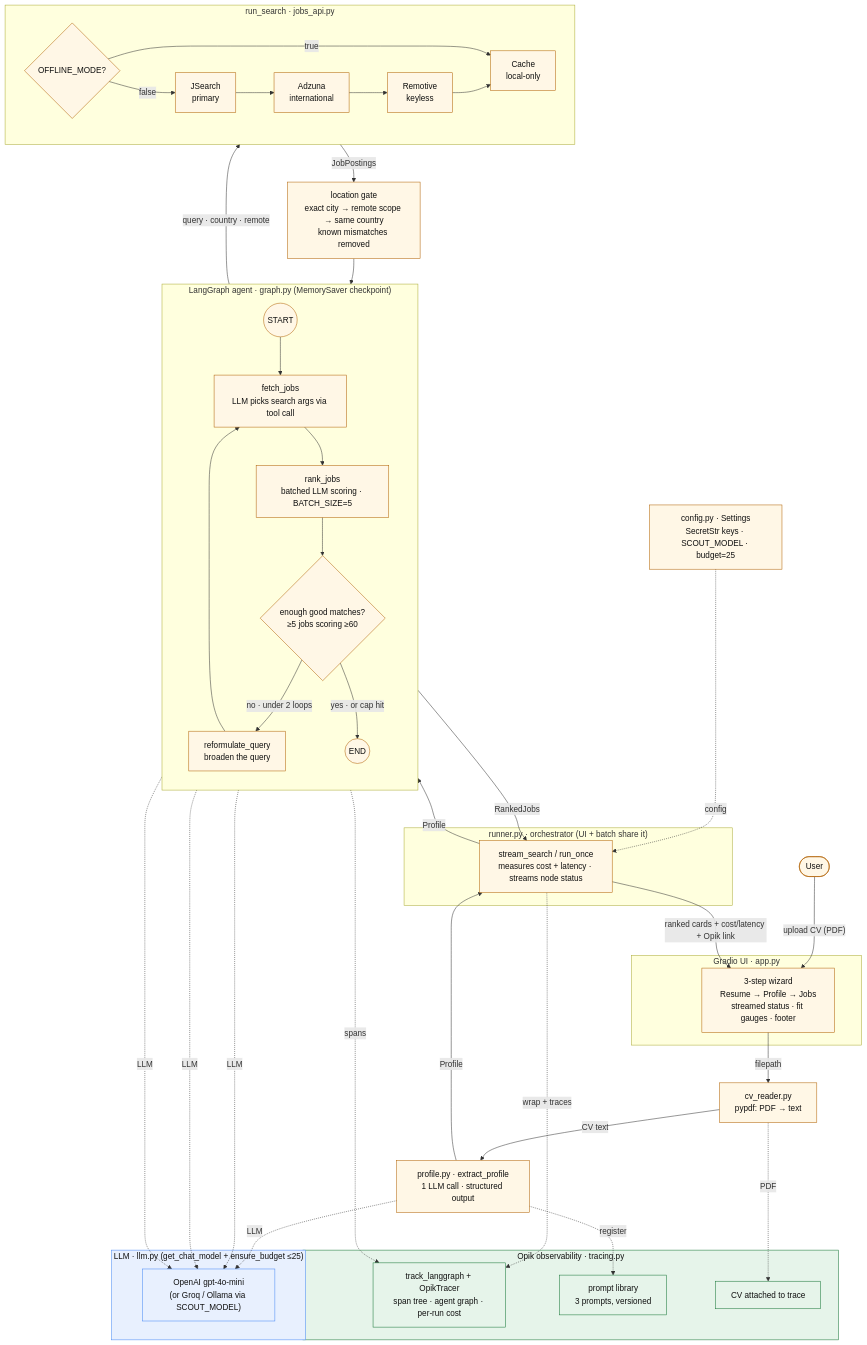
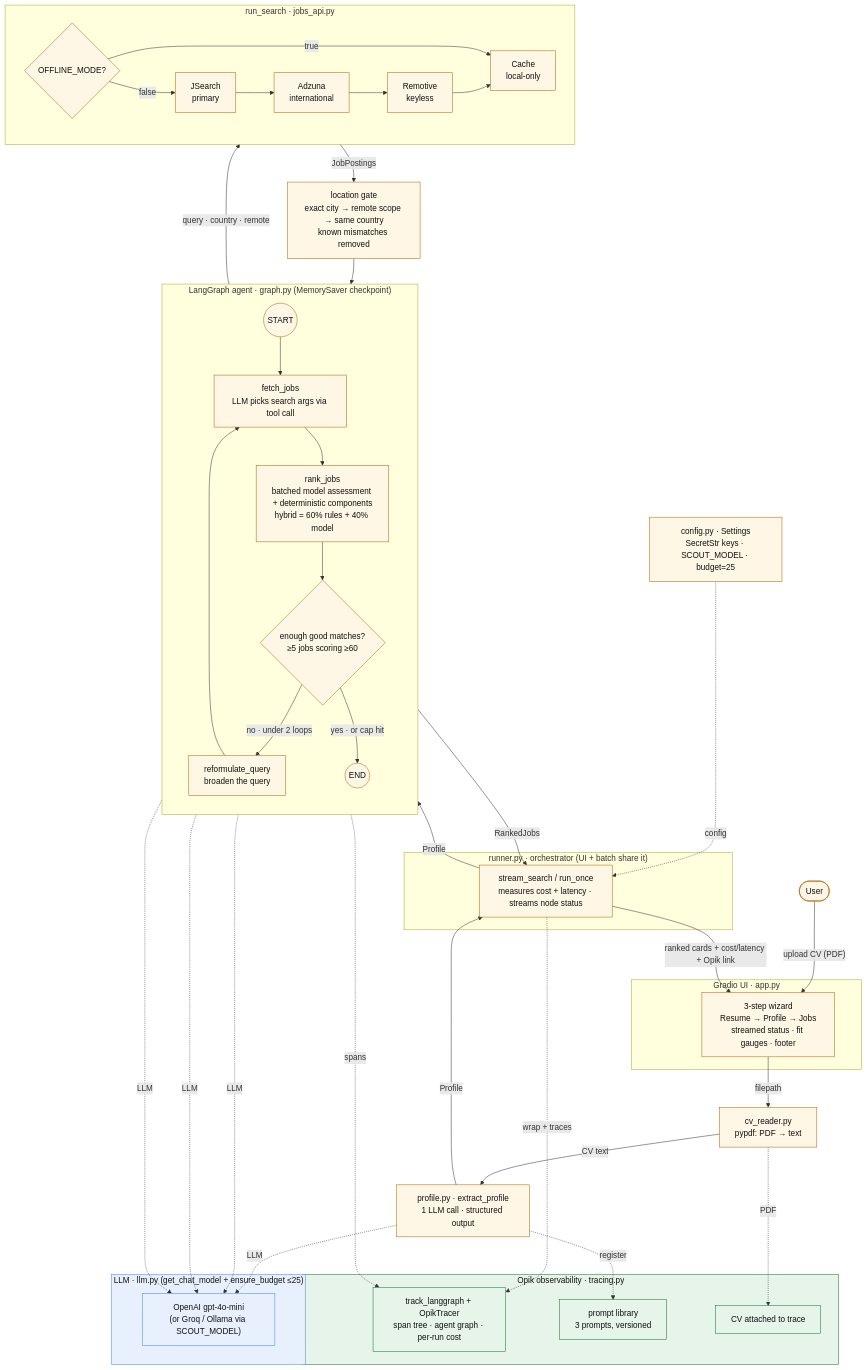
The diagram in docs/architecture.md (exitLQ/the-agent-that-got-me-rejected), drawn with Mermaid before and after one commit. The commit also changed other lines of this file and 11 other files, not shown here.

Commit message:
feat: add deterministic hybrid scoring

````diff
--- a/docs/architecture.md
+++ b/docs/architecture.md
@@ -11,68 +11,68 @@
 ```mermaid
 flowchart TB
   U(["User"]) -->|"upload CV (PDF)"| UI
 
   subgraph UI_L["Gradio UI · app.py"]
     UI["3-step wizard<br/>Resume → Profile → Jobs<br/>streamed status · fit gauges · footer"]
   end
 
   UI -->|"filepath"| CVR["cv_reader.py<br/>pypdf: PDF → text"]
   CVR -->|"CV text"| EP["profile.py · extract_profile<br/>1 LLM call · structured output"]
   EP -->|"Profile"| RUN
 
   subgraph ORCH["runner.py · orchestrator (UI + batch share it)"]
     RUN["stream_search / run_once<br/>measures cost + latency · streams node status"]
   end
 
   RUN -->|"Profile"| G
 
   subgraph G["LangGraph agent · graph.py (MemorySaver checkpoint)"]
     direction TB
     S((START)) --> FJ
     FJ["fetch_jobs<br/>LLM picks search args via tool call"] --> RJ
-    RJ["rank_jobs<br/>batched LLM scoring · BATCH_SIZE=5"] --> D{"enough good matches?<br/>≥5 jobs scoring ≥60"}
+    RJ["rank_jobs<br/>batched model assessment + deterministic components<br/>hybrid = 60% rules + 40% model"] --> D{"enough good matches?<br/>≥5 jobs scoring ≥60"}
     D -->|"no · under 2 loops"| RQ["reformulate_query<br/>broaden the query"]
     RQ --> FJ
     D -->|"yes · or cap hit"| E((END))
   end
 
   FJ -->|"query · country · remote"| SRCH
   subgraph SRCH["run_search · jobs_api.py"]
     direction LR
     MODE{"OFFLINE_MODE?"} -->|"true"| CA["Cache<br/>local-only"]
     MODE -->|"false"| JS["JSearch<br/>primary"]
     JS --> AZ["Adzuna<br/>international"] --> RM["Remotive<br/>keyless"] --> CA
   end
   SRCH -->|"JobPostings"| LOC["location gate<br/>exact city → remote scope → same country<br/>known mismatches removed"]
   LOC --> RJ
 
   E -->|"RankedJobs"| RUN
   RUN -->|"ranked cards + cost/latency + Opik link"| UI
 
   subgraph LLM_L["LLM · llm.py (get_chat_model + ensure_budget ≤25)"]
     OA["OpenAI gpt-4o-mini<br/>(or Groq / Ollama via SCOUT_MODEL)"]
   end
   EP -. "LLM" .-> OA
   FJ -. "LLM" .-> OA
   RJ -. "LLM" .-> OA
   RQ -. "LLM" .-> OA
 
   subgraph OBS["Opik observability · tracing.py"]
     TR["track_langgraph + OpikTracer<br/>span tree · agent graph · per-run cost"]
     PL["prompt library<br/>3 prompts, versioned"]
     AT["CV attached to trace"]
   end
   RUN -. "wrap + traces" .-> TR
   G -. "spans" .-> TR
   EP -. "register" .-> PL
   CVR -. "PDF" .-> AT
 
   CFG["config.py · Settings<br/>SecretStr keys · SCOUT_MODEL · budget=25"] -. "config" .-> RUN
 
   classDef llm fill:#e8f0fe,stroke:#4285f4,color:#111;
   classDef obs fill:#e6f4ea,stroke:#137333,color:#111;
   classDef node fill:#fff7e6,stroke:#b06000,color:#111;
   class OA,LLM_L llm;
   class TR,PL,AT,OBS obs;
   class FJ,RJ,RQ node;
 ```
````
